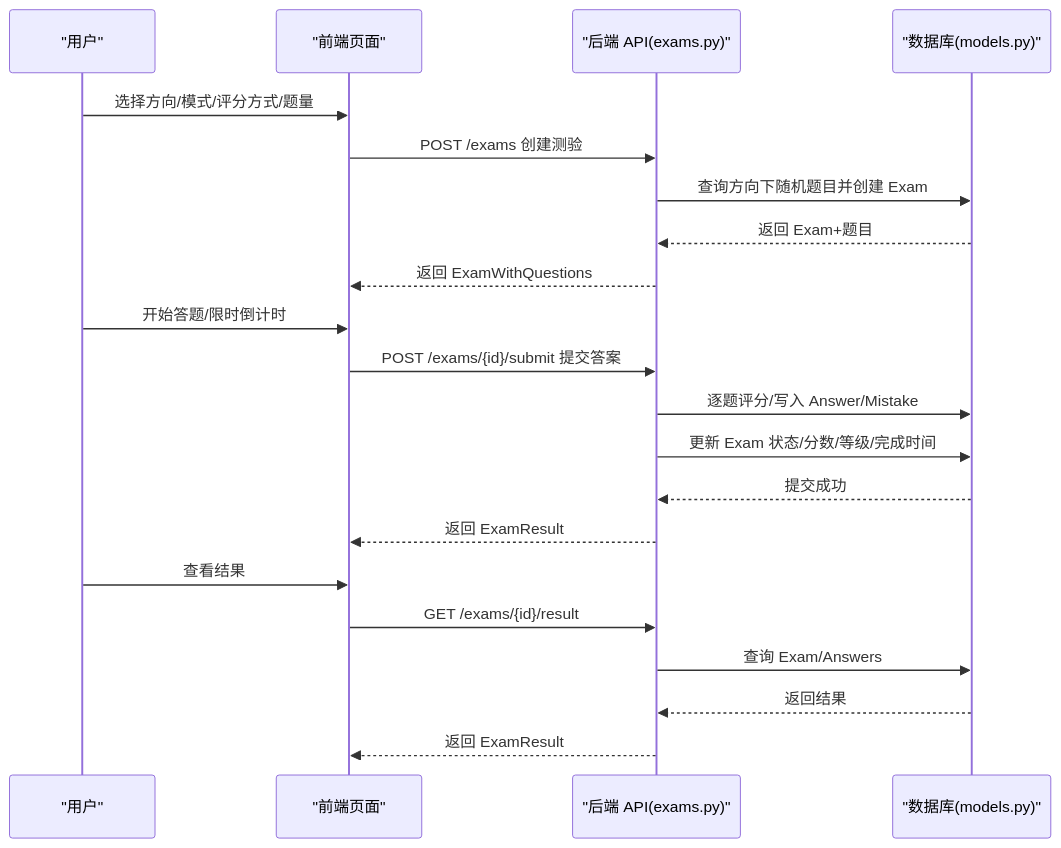
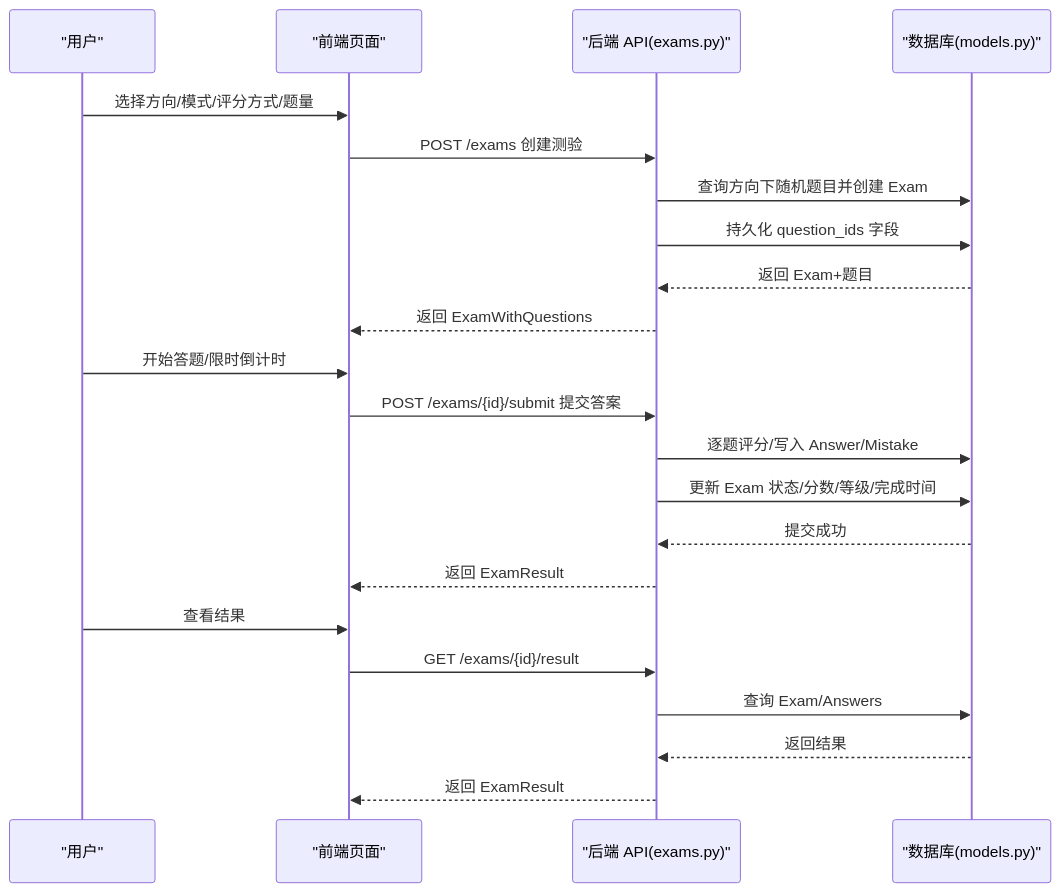
The second of 4 diagrams in .qoder/repowiki/zh/content/数据库设计/核心实体设计/测验实体.md (zhiwenli-jack/personal-learning-manager), drawn with Mermaid before and after one commit. The commit also changed other lines of this file and 6 other files, not shown here.

````diff
--- a/.qoder/repowiki/zh/content/数据库设计/核心实体设计/测验实体.md
+++ b/.qoder/repowiki/zh/content/数据库设计/核心实体设计/测验实体.md
@@ -81,23 +92,24 @@
 ```mermaid
 sequenceDiagram
 participant U as "用户"
 participant FE as "前端页面"
 participant API as "后端 API(exams.py)"
 participant DB as "数据库(models.py)"
 U->>FE : 选择方向/模式/评分方式/题量
 FE->>API : POST /exams 创建测验
 API->>DB : 查询方向下随机题目并创建 Exam
+API->>DB : 持久化 question_ids 字段
 DB-->>API : 返回 Exam+题目
 API-->>FE : 返回 ExamWithQuestions
 U->>FE : 开始答题/限时倒计时
 FE->>API : POST /exams/{id}/submit 提交答案
 API->>DB : 逐题评分/写入 Answer/Mistake
 API->>DB : 更新 Exam 状态/分数/等级/完成时间
 DB-->>API : 提交成功
 API-->>FE : 返回 ExamResult
 U->>FE : 查看结果
 FE->>API : GET /exams/{id}/result
 API->>DB : 查询 Exam/Answers
 DB-->>API : 返回结果
 API-->>FE : 返回 ExamResult
 ```
````
